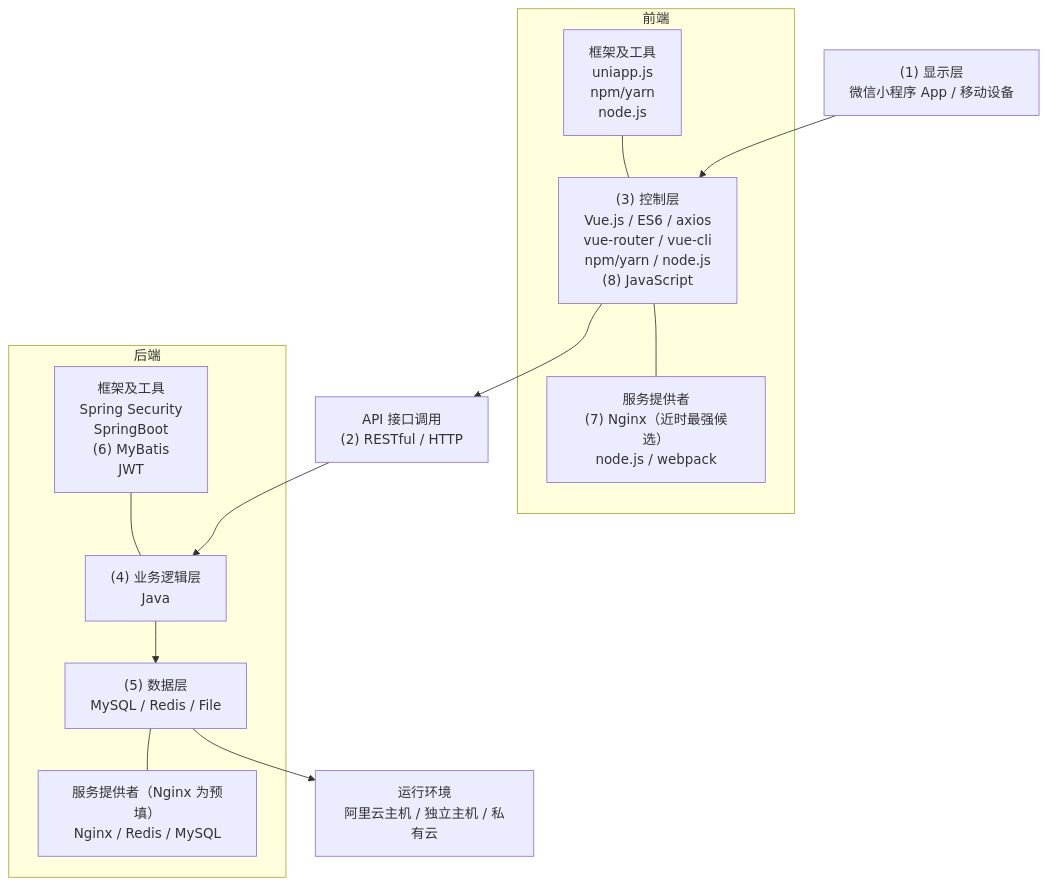
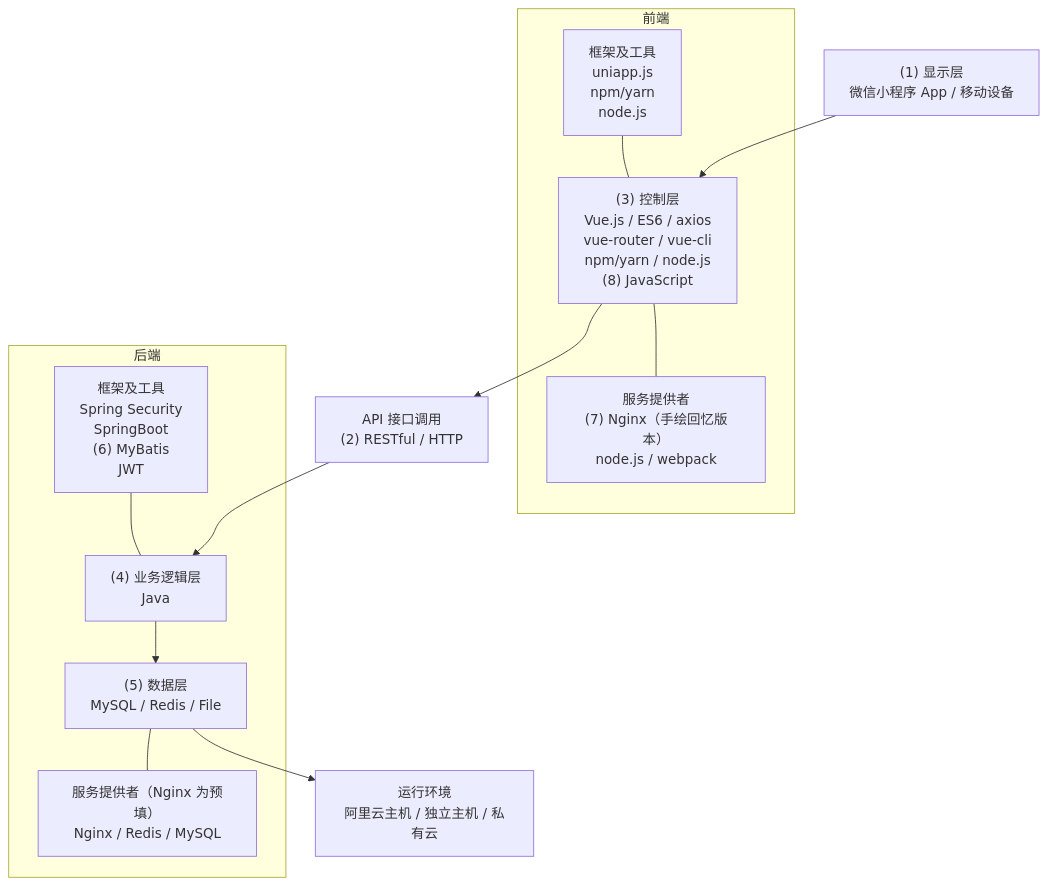
The fifth of 6 diagrams in 02.历年真题-清洗版/2024年下半年-系统架构设计师-案例分析.md (YoungHong1992/ruankao-senior-architecture-designer), drawn with Mermaid before and after one commit. The commit also changed other lines of this file and 9 other files, not shown here.

````diff
--- a/02.历年真题-清洗版/2024年下半年-系统架构设计师-案例分析.md
+++ b/02.历年真题-清洗版/2024年下半年-系统架构设计师-案例分析.md
@@ -348,29 +352,29 @@
 ```mermaid
 flowchart TB
     DISPLAY["(1) 显示层<br/>微信小程序 App / 移动设备"]
 
     subgraph FRONT["前端"]
         FTOOLS["框架及工具<br/>uniapp.js<br/>npm/yarn<br/>node.js"]
         CONTROL["(3) 控制层<br/>Vue.js / ES6 / axios<br/>vue-router / vue-cli<br/>npm/yarn / node.js<br/>(8) JavaScript"]
-        FPROVIDER["服务提供者<br/>(7) Nginx（近时最强候选）<br/>node.js / webpack"]
+        FPROVIDER["服务提供者<br/>(7) Nginx（手绘回忆版本）<br/>node.js / webpack"]
         FTOOLS --- CONTROL
         CONTROL --- FPROVIDER
     end
 
     API["API 接口调用<br/>(2) RESTful / HTTP"]
 
     subgraph BACK["后端"]
         BTOOLS["框架及工具<br/>Spring Security<br/>SpringBoot<br/>(6) MyBatis<br/>JWT"]
         LOGIC["(4) 业务逻辑层<br/>Java"]
         DATA["(5) 数据层<br/>MySQL / Redis / File"]
         BPROVIDER["服务提供者（Nginx 为预填）<br/>Nginx / Redis / MySQL"]
         BTOOLS --- LOGIC
         LOGIC --> DATA
         DATA --- BPROVIDER
     end
 
     ENV["运行环境<br/>阿里云主机 / 独立主机 / 私有云"]
 
     DISPLAY --> CONTROL --> API --> LOGIC
     DATA --> ENV
 ```
````
